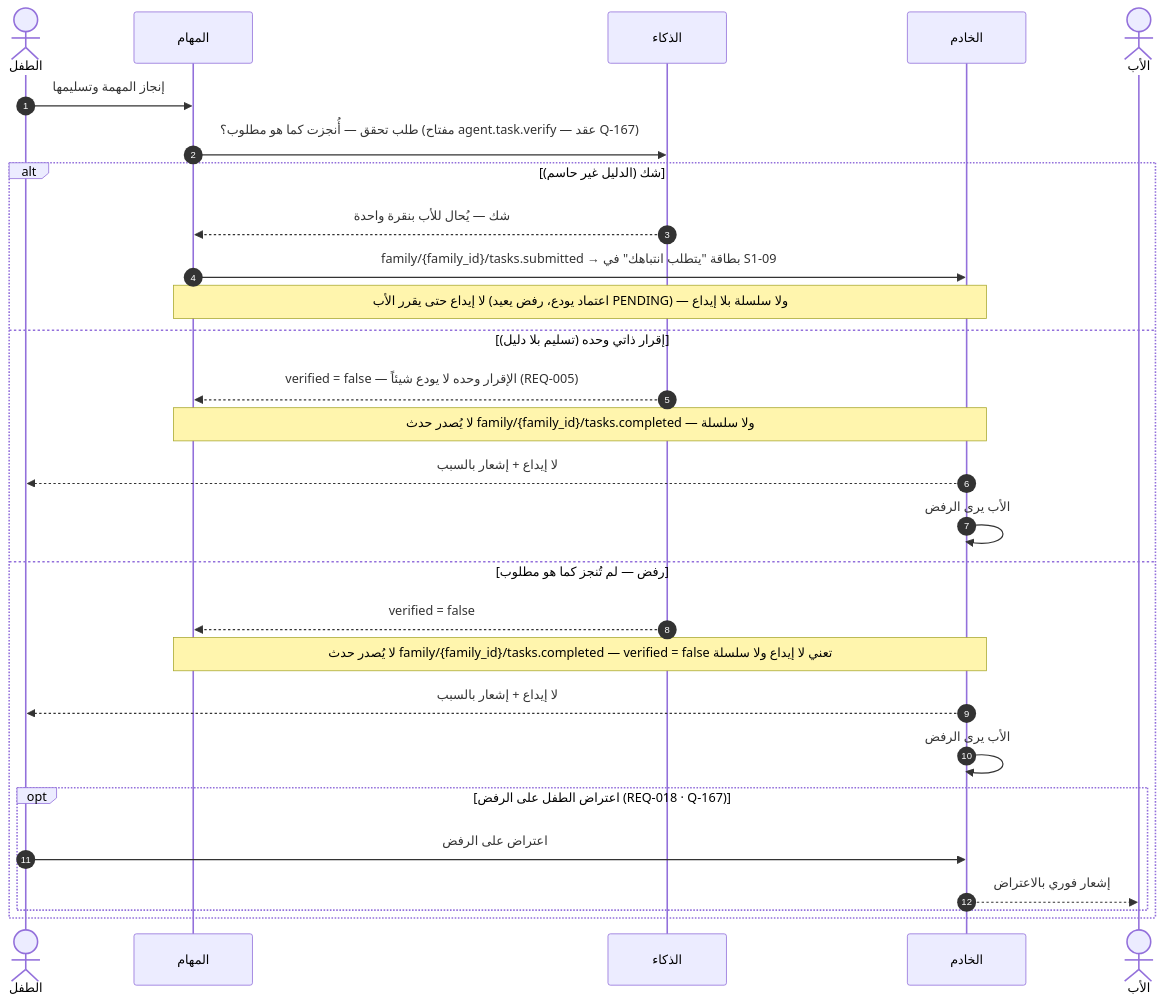
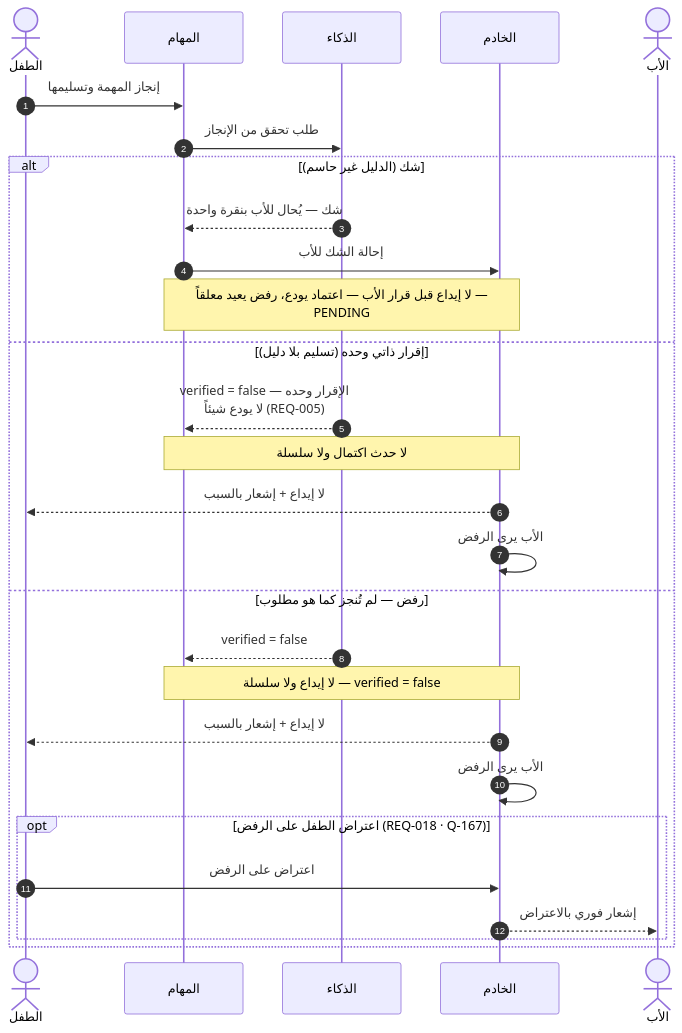
Before and after one commit to Bassam-mohammed-alqaeadi/family-os-v2: the sixth of 26 diagrams in docs/family-os/governance/phases/phase-1/S1-05-rewards-children/DIAGRAMS.md, drawn with Mermaid. The commit also changed other lines of this file, not shown here.

````diff
--- a/docs/family-os/governance/phases/phase-1/S1-05-rewards-children/DIAGRAMS.md
+++ b/docs/family-os/governance/phases/phase-1/S1-05-rewards-children/DIAGRAMS.md
@@ -268,30 +299,31 @@
 ```mermaid
+%%{init: {"sequence": {"wrap": true}}}%%
 sequenceDiagram
     autonumber
     actor Child as الطفل
     participant S106 as المهام
     participant AI as الذكاء
     participant Ktor as الخادم
     actor Father as الأب
     Child->>S106: إنجاز المهمة وتسليمها
-    S106->>AI: طلب تحقق — أُنجزت كما هو مطلوب؟ (مفتاح agent.task.verify — عقد Q-167)
+    S106->>AI: طلب تحقق من الإنجاز
     alt شك (الدليل غير حاسم)
         AI-->>S106: شك — يُحال للأب بنقرة واحدة
-        S106->>Ktor: family/{family_id}/tasks.submitted → بطاقة "يتطلب انتباهك" في S1-09
-        Note over S106,Ktor: لا إيداع حتى يقرر الأب (اعتماد يودع، رفض يعيد PENDING) — ولا سلسلة بلا إيداع
+        S106->>Ktor: إحالة الشك للأب
+        Note over S106,Ktor: لا إيداع قبل قرار الأب — اعتماد يودع، رفض يعيد معلقاً — PENDING
     else إقرار ذاتي وحده (تسليم بلا دليل)
         AI-->>S106: verified = false — الإقرار وحده لا يودع شيئاً (REQ-005)
-        Note over S106,Ktor: لا يُصدر حدث family/{family_id}/tasks.completed — ولا سلسلة
+        Note over S106,Ktor: لا حدث اكتمال ولا سلسلة
         Ktor-->>Child: لا إيداع + إشعار بالسبب
         Ktor->>Ktor: الأب يرى الرفض
     else رفض — لم تُنجز كما هو مطلوب
         AI-->>S106: verified = false
-        Note over S106,Ktor: لا يُصدر حدث family/{family_id}/tasks.completed — verified = false تعني لا إيداع ولا سلسلة
+        Note over S106,Ktor: لا إيداع ولا سلسلة — verified = false
         Ktor-->>Child: لا إيداع + إشعار بالسبب
         Ktor->>Ktor: الأب يرى الرفض
         opt اعتراض الطفل على الرفض (REQ-018 · Q-167)
             Child->>Ktor: اعتراض على الرفض
             Ktor-->>Father: إشعار فوري بالاعتراض
         end
     end
 ```
````
